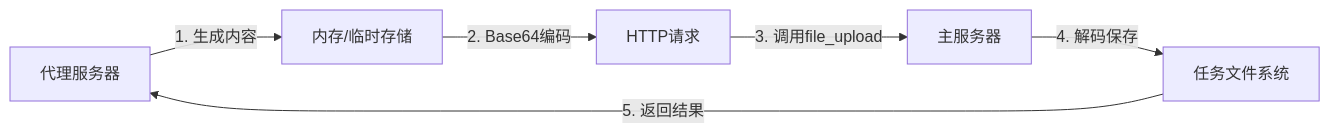
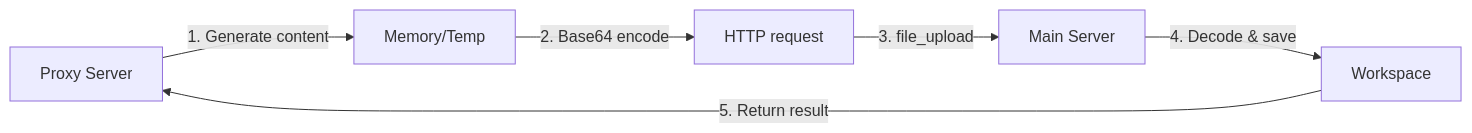
The diagram in README.md (ChenglinPoly/toolServer), drawn with Mermaid before and after one commit. The commit also changed other lines of this file, not shown here.

````diff
--- a/README.md
+++ b/README.md
@@ -151,8 +149,8 @@
 ```mermaid
 graph LR
-    A[代理服务器] -->|1. 生成内容| B[内存/临时存储]
-    B -->|2. Base64编码| C[HTTP请求]
-    C -->|3. 调用file_upload| D[主服务器]
-    D -->|4. 解码保存| E[任务文件系统]
-    E -->|5. 返回结果| A
+    A[Proxy Server] -->|1. Generate content| B[Memory/Temp]
+    B -->|2. Base64 encode| C[HTTP request]
+    C -->|3. file_upload| D[Main Server]
+    D -->|4. Decode & save| E[Workspace]
+    E -->|5. Return result| A
 ```
````
